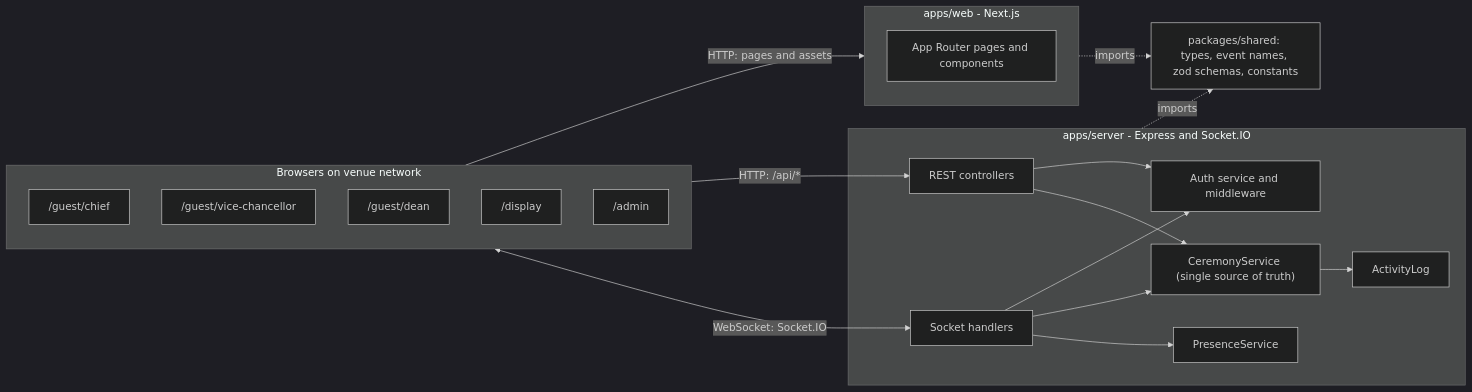
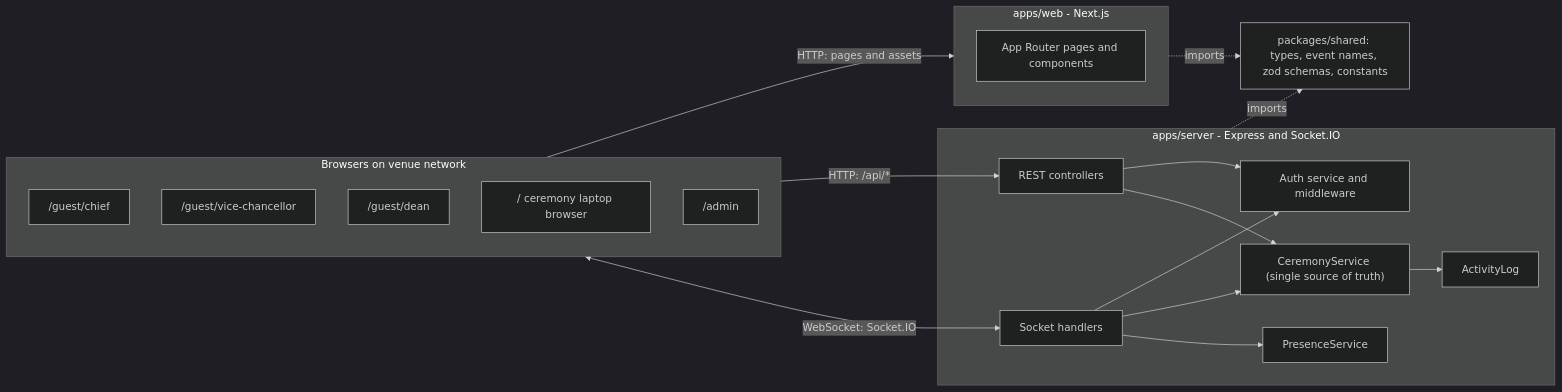
Before and after one commit to ShenSandaru/fit25thopening-ceremony: the first of 5 diagrams in docs/ARCHITECTURE.md, drawn with Mermaid (dark theme). The commit also changed other lines of this file and 95 other files, not shown here.

````diff
--- a/docs/ARCHITECTURE.md
+++ b/docs/ARCHITECTURE.md
@@ -9,33 +9,33 @@
 ```mermaid
 flowchart LR
   subgraph clients [Browsers on venue network]
     Chief["/guest/chief"]
     VC["/guest/vice-chancellor"]
     Dean["/guest/dean"]
-    Display["/display"]
+    Display["/ ceremony laptop browser"]
     AdminUI["/admin"]
   end
   subgraph web [apps/web - Next.js]
     Pages["App Router pages and components"]
   end
   subgraph server [apps/server - Express and Socket.IO]
     Rest["REST controllers"]
     Sock["Socket handlers"]
     Svc["CeremonyService (single source of truth)"]
     Auth["Auth service and middleware"]
     Presence["PresenceService"]
     Activity["ActivityLog"]
   end
   Shared["packages/shared: types, event names, zod schemas, constants"]
   clients -->|"HTTP: pages and assets"| web
   clients -->|"HTTP: /api/*"| Rest
   clients <-->|"WebSocket: Socket.IO"| Sock
   Rest --> Auth
   Sock --> Auth
   Rest --> Svc
   Sock --> Svc
   Sock --> Presence
   Svc --> Activity
   web -.imports.-> Shared
   server -.imports.-> Shared
 ```
````
